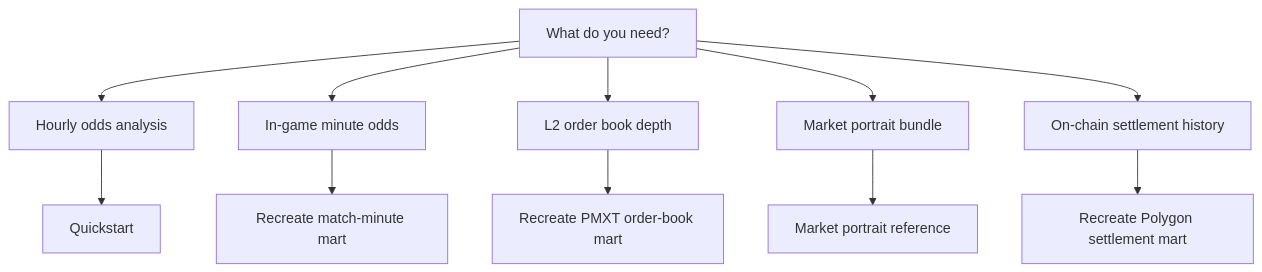
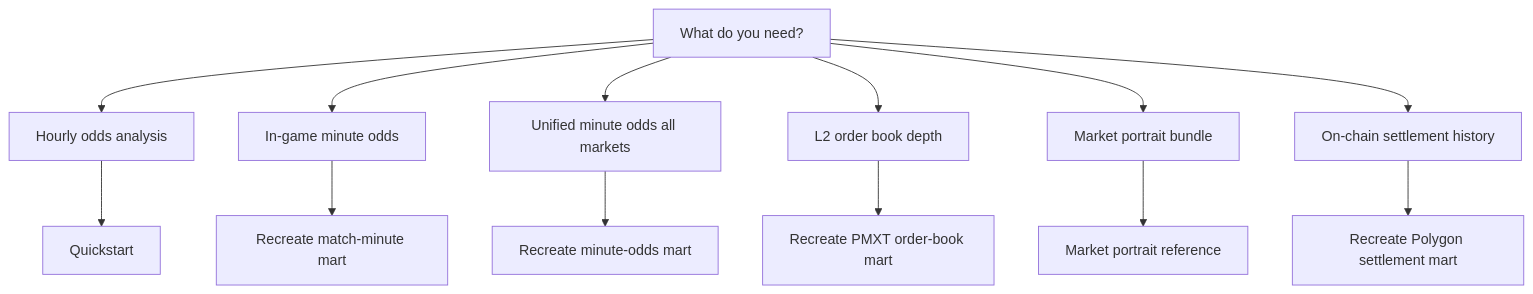
One commit to hypertrial/oddsfox-pipeline changed the diagram in docs/guides/advanced-pipelines.md. Above: the diagram before and after it, drawn with Mermaid. The commit also changed other lines of this file and 52 other files, not shown here.

Commit message:
Add isolated Polymarket WC2026 unified minute-odds pipeline.

````diff
--- a/docs/guides/advanced-pipelines.md
+++ b/docs/guides/advanced-pipelines.md
@@ -11,14 +11,16 @@
 ```mermaid
 flowchart TD
   start["What do you need?"]
   start --> hourly["Hourly odds analysis"]
   start --> minute["In-game minute odds"]
+  start --> unified["Unified minute odds all markets"]
   start --> book["L2 order book depth"]
   start --> portrait["Market portrait bundle"]
   start --> polygon["On-chain settlement history"]
   hourly --> quickstart["Quickstart"]
   minute --> mmGuide["Recreate match-minute mart"]
+  unified --> moGuide["Recreate minute-odds mart"]
   book --> obGuide["Recreate PMXT order-book mart"]
   portrait --> mpRef["Market portrait reference"]
   polygon --> psGuide["Recreate Polygon settlement mart"]
 ```
````
